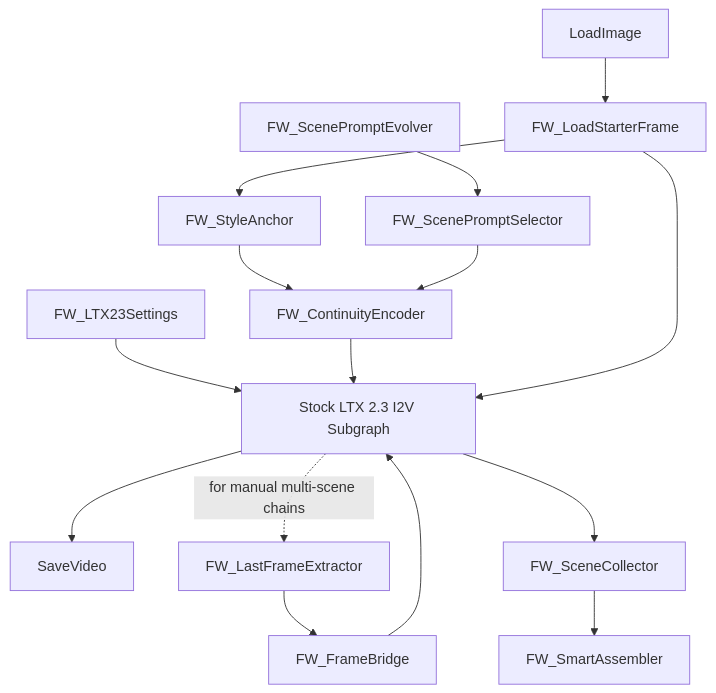
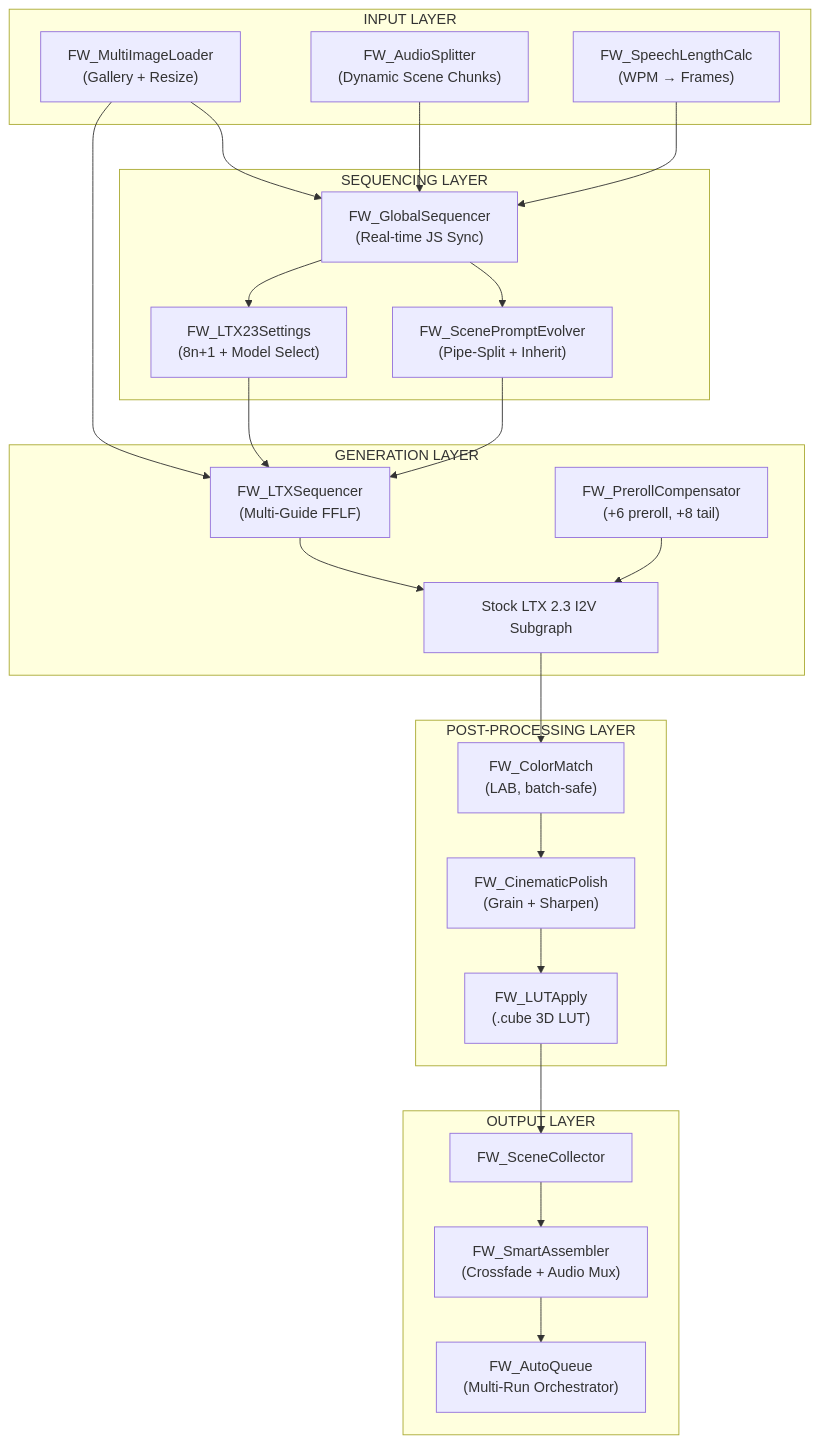
Before and after one commit to balarooty/comfyui-frameweaver: the diagram in plan.md, drawn with Mermaid. The commit also changed other lines of this file and 40 other files, not shown here.

````diff
--- a/plan.md
+++ b/plan.md
@@ -37,18 +55,43 @@
 ```mermaid
 graph TD
-    A["FW_ScenePromptEvolver"] --> B["FW_ScenePromptSelector"]
-    C["FW_StyleAnchor"] --> D["FW_ContinuityEncoder"]
+    subgraph "INPUT LAYER"
+        A["FW_MultiImageLoader<br/>(Gallery + Resize)"]
+        B["FW_AudioSplitter<br/>(Dynamic Scene Chunks)"]
+        C["FW_SpeechLengthCalc<br/>(WPM → Frames)"]
+    end
+
+    subgraph "SEQUENCING LAYER"
+        D["FW_GlobalSequencer<br/>(Real-time JS Sync)"]
+        E["FW_ScenePromptEvolver<br/>(Pipe-Split + Inherit)"]
+        F["FW_LTX23Settings<br/>(8n+1 + Model Select)"]
+    end
+
+    subgraph "GENERATION LAYER"
+        G["FW_LTXSequencer<br/>(Multi-Guide FFLF)"]
+        H["Stock LTX 2.3 I2V Subgraph"]
+        I["FW_PrerollCompensator<br/>(+6 preroll, +8 tail)"]
+    end
+
+    subgraph "POST-PROCESSING LAYER"
+        J["FW_ColorMatch<br/>(LAB, batch-safe)"]
+        K["FW_CinematicPolish<br/>(Grain + Sharpen)"]
+        L["FW_LUTApply<br/>(.cube 3D LUT)"]
+    end
+
+    subgraph "OUTPUT LAYER"
+        M["FW_SceneCollector"]
+        N["FW_SmartAssembler<br/>(Crossfade + Audio Mux)"]
+        O["FW_AutoQueue<br/>(Multi-Run Orchestrator)"]
+    end
+
+    A --> D
     B --> D
-    E["FW_LTX23Settings"] --> F["Stock LTX 2.3 I2V Subgraph"]
-    D --> F
-    G["LoadImage"] --> H["FW_LoadStarterFrame"]
-    H --> C
-    H --> F
-    F --> I["SaveVideo"]
-
-    F -. "for manual multi-scene chains" .-> J["FW_LastFrameExtractor"]
-    J --> K["FW_FrameBridge"]
-    K --> F
-    F --> L["FW_SceneCollector"]
-    L --> M["FW_SmartAssembler"]
+    C --> D
+    D --> E & F
+    E --> G
+    F --> G
+    A --> G
+    G --> H
+    I --> H
+    H --> J --> K --> L --> M --> N --> O
 ```
````
